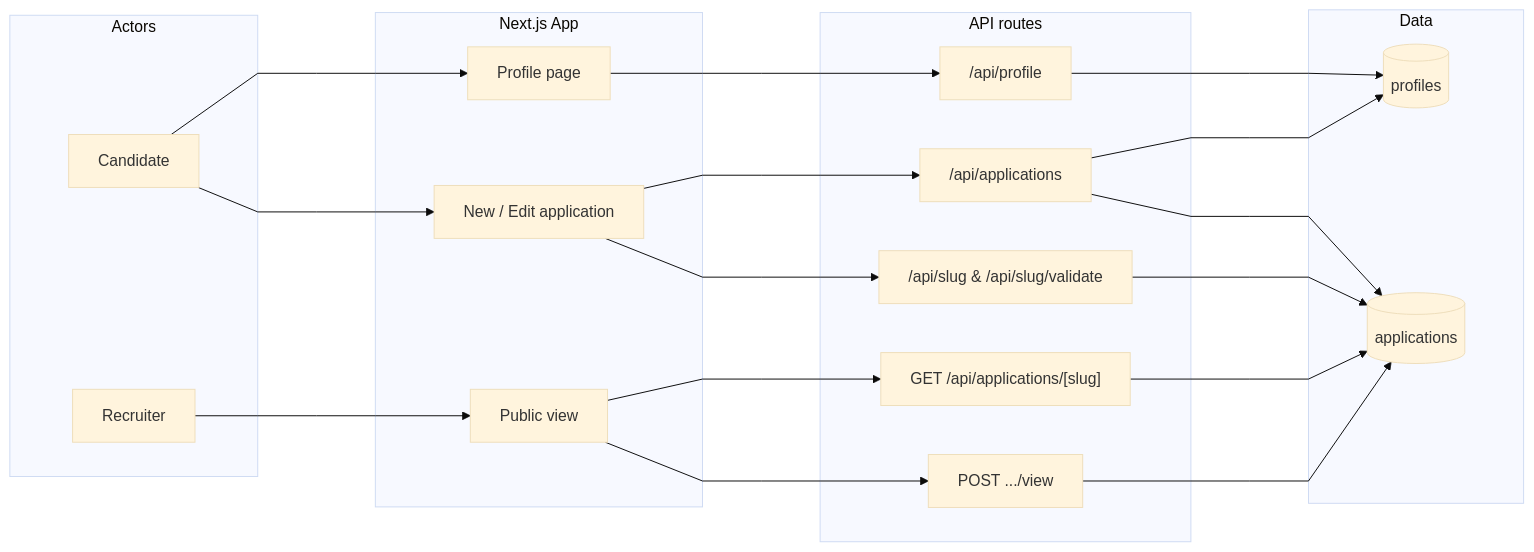
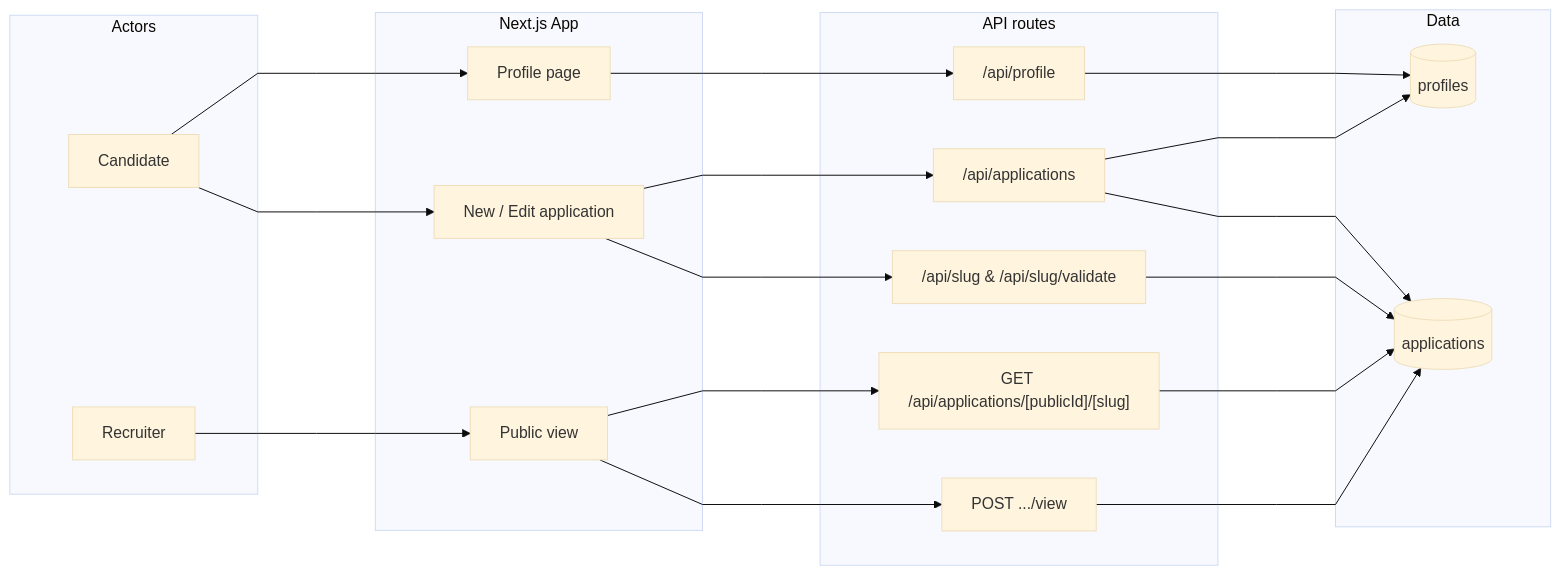
Before and after one commit to joan-gerard/my-hire-view: the first of 13 diagrams in docs/DATA_FLOW.md, drawn with Mermaid (base theme). The commit also changed other lines of this file and 57 other files, not shown here.

````diff
--- a/docs/DATA_FLOW.md
+++ b/docs/DATA_FLOW.md
@@ -42,44 +42,44 @@
 ```mermaid
 %%{init: {'flowchart': {'rankSpacing': 120, 'nodeSpacing': 50, 'curve': 'linear'}}}%%
 flowchart LR
   subgraph Actors
     Candidate[Candidate]
     Recruiter[Recruiter]
   end
 
   subgraph App[Next.js App]
     ProfilePage[Profile page]
     NewEdit[New / Edit application]
     ViewPage[Public view]
   end
 
   subgraph APIs[API routes]
     ProfileAPI["/api/profile"]
     AppsAPI["/api/applications"]
     SlugAPIs["/api/slug &amp; /api/slug/validate"]
-    ViewSlugAPI["GET /api/applications/[slug]"]
+    ViewSlugAPI["GET /api/applications/[publicId]/[slug]"]
     ViewAPI["POST .../view"]
   end
 
   subgraph Data[Data]
     Profiles[(profiles)]
     Applications[(applications)]
   end
 
   Candidate --> ProfilePage
   Candidate --> NewEdit
   Recruiter --> ViewPage
 
   ProfilePage --> ProfileAPI
   NewEdit --> AppsAPI
   NewEdit --> SlugAPIs
   ViewPage --> ViewSlugAPI
   ViewPage --> ViewAPI
 
   ProfileAPI --> Profiles
   AppsAPI --> Profiles
   AppsAPI --> Applications
   SlugAPIs --> Applications
   ViewSlugAPI --> Applications
   ViewAPI --> Applications
 ```
````
